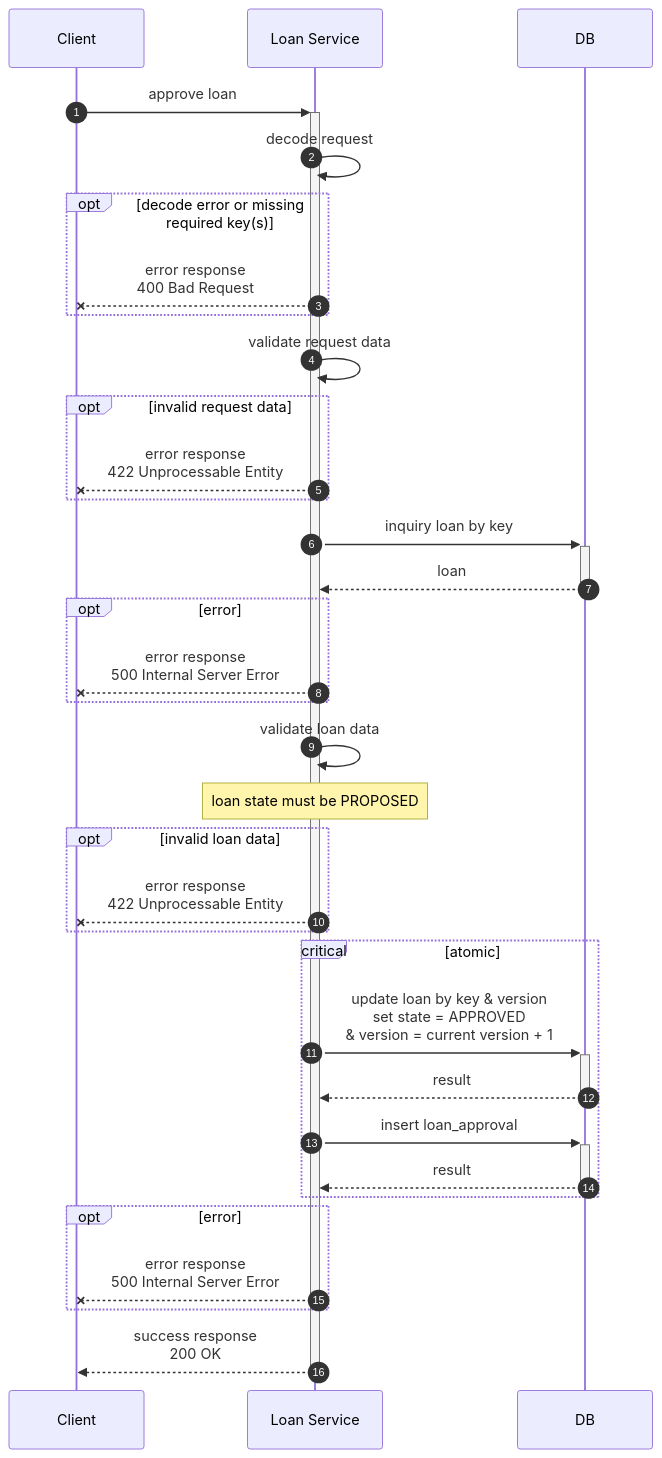
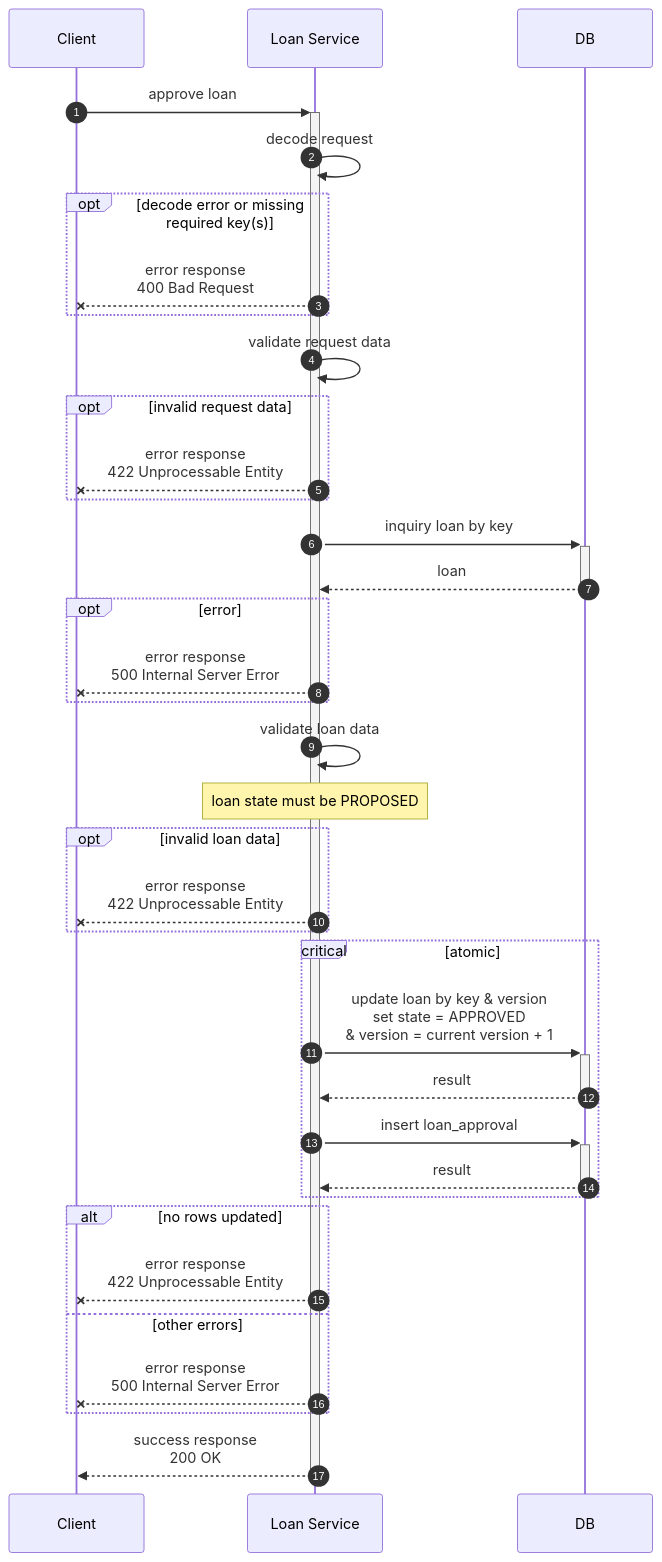
Before and after one commit to angelynz95/amartha-loan-service: the fourth of 8 diagrams in README.md, drawn with Mermaid. The commit also changed other lines of this file, not shown here.

Commit message:
TDD: Add sequence diagram of Invest Loan & Disburse Loan

````diff
--- a/README.md
+++ b/README.md
@@ -239,45 +240,47 @@
 ```mermaid
 sequenceDiagram
     autonumber
 
     participant client as Client
     participant loan as Loan Service
     participant db as DB
 
     client->>+loan: approve loan
 
     loan->>loan: decode request
     opt decode error or missing required key(s)
         loan--xclient: error response<br/>400 Bad Request
     end
 
     loan->>loan: validate request data
     opt invalid request data
         loan--xclient: error response<br/>422 Unprocessable Entity
     end
 
     loan->>+db: inquiry loan by key
     db-->>-loan: loan
     opt error
         loan--xclient: error response<br/>500 Internal Server Error
     end
 
     loan->>loan: validate loan data
     note over loan: loan state must be PROPOSED
     opt invalid loan data
         loan--xclient: error response<br/>422 Unprocessable Entity
     end
 
     critical atomic
         loan->>+db: update loan by key & version<br>set state = APPROVED<br>& version = current version + 1
         db-->>-loan: result
 
         loan->>+db: insert loan_approval
         db-->>-loan: result
     end
-    opt error
+    alt no rows updated
+        loan--xclient: error response<br/>422 Unprocessable Entity
+    else other errors
         loan--xclient: error response<br/>500 Internal Server Error
     end
 
     loan-->>-client: success response<br>200 OK
 ```
````
